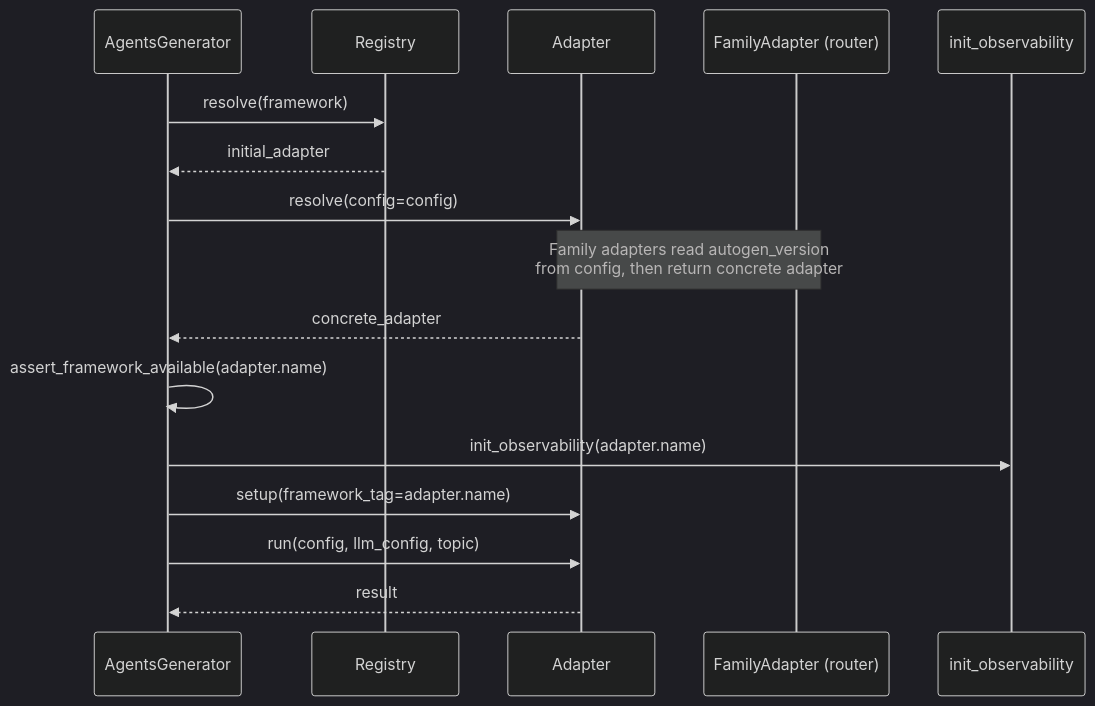
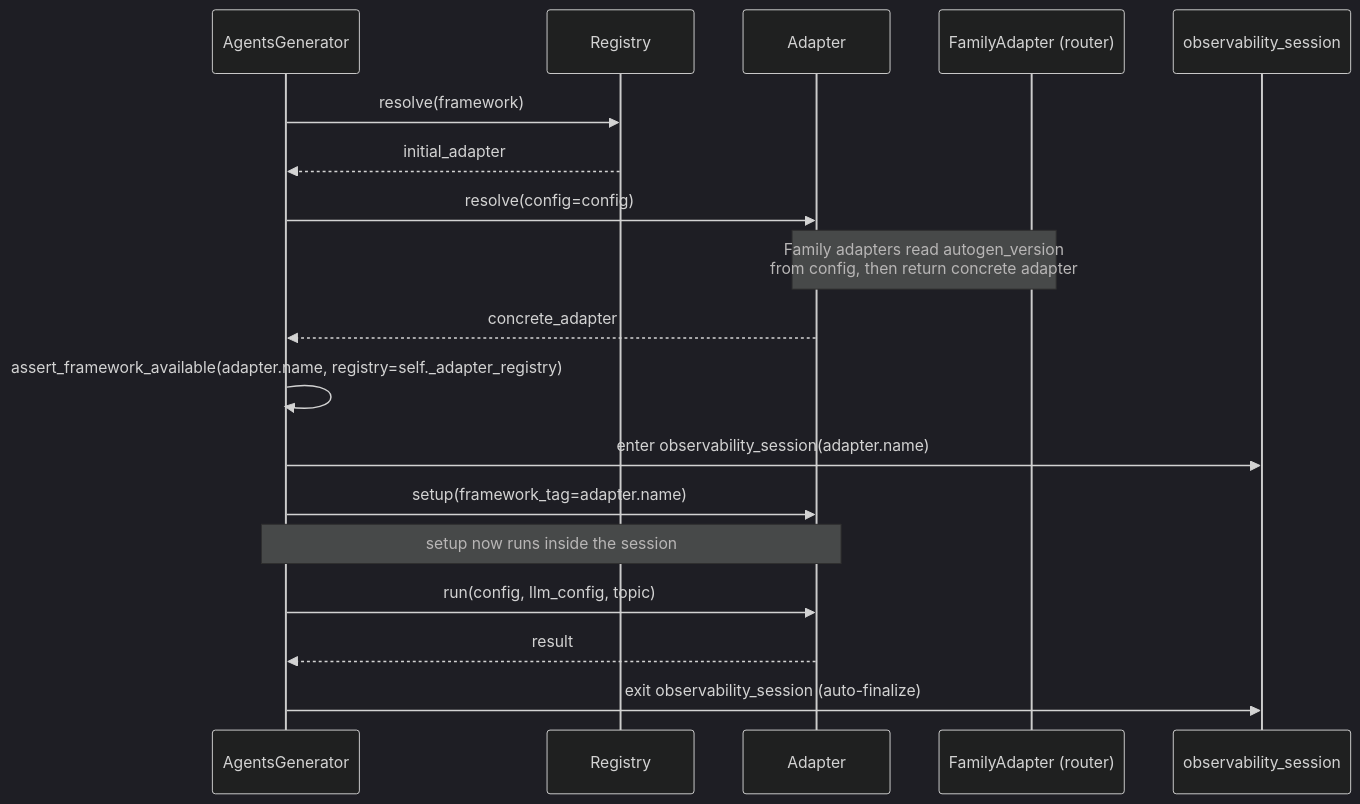
One commit to MervinPraison/PraisonAIDocs changed the fifth of 6 diagrams in docs/features/framework-adapter-plugins.mdx. Above: the diagram before and after it, drawn with Mermaid (dark theme). The commit also changed other lines of this file and 1 other file, not shown here.

First line of the commit message:
docs: update observability + framework-adapter pages for PR #3152 (fixes #2134)

````diff
--- a/docs/features/framework-adapter-plugins.mdx
+++ b/docs/features/framework-adapter-plugins.mdx
@@ -698,19 +700,21 @@
 ```mermaid
 sequenceDiagram
     participant Gen as AgentsGenerator
     participant Reg as Registry
     participant Adapter
     participant FamilyAdapter as FamilyAdapter (router)
-    participant Obs as init_observability
+    participant Obs as observability_session
 
     Gen->>Reg: resolve(framework)
     Reg-->>Gen: initial_adapter
     Gen->>Adapter: resolve(config=config)
     Note over Adapter,FamilyAdapter: Family adapters read autogen_version<br/>from config, then return concrete adapter
     Adapter-->>Gen: concrete_adapter
-    Gen->>Gen: assert_framework_available(adapter.name)
-    Gen->>Obs: init_observability(adapter.name)
+    Gen->>Gen: assert_framework_available(adapter.name, registry=self._adapter_registry)
+    Gen->>Obs: enter observability_session(adapter.name)
     Gen->>Adapter: setup(framework_tag=adapter.name)
+    Note over Gen,Adapter: setup now runs inside the session
     Gen->>Adapter: run(config, llm_config, topic)
     Adapter-->>Gen: result
+    Gen->>Obs: exit observability_session (auto-finalize)
 ```
````
